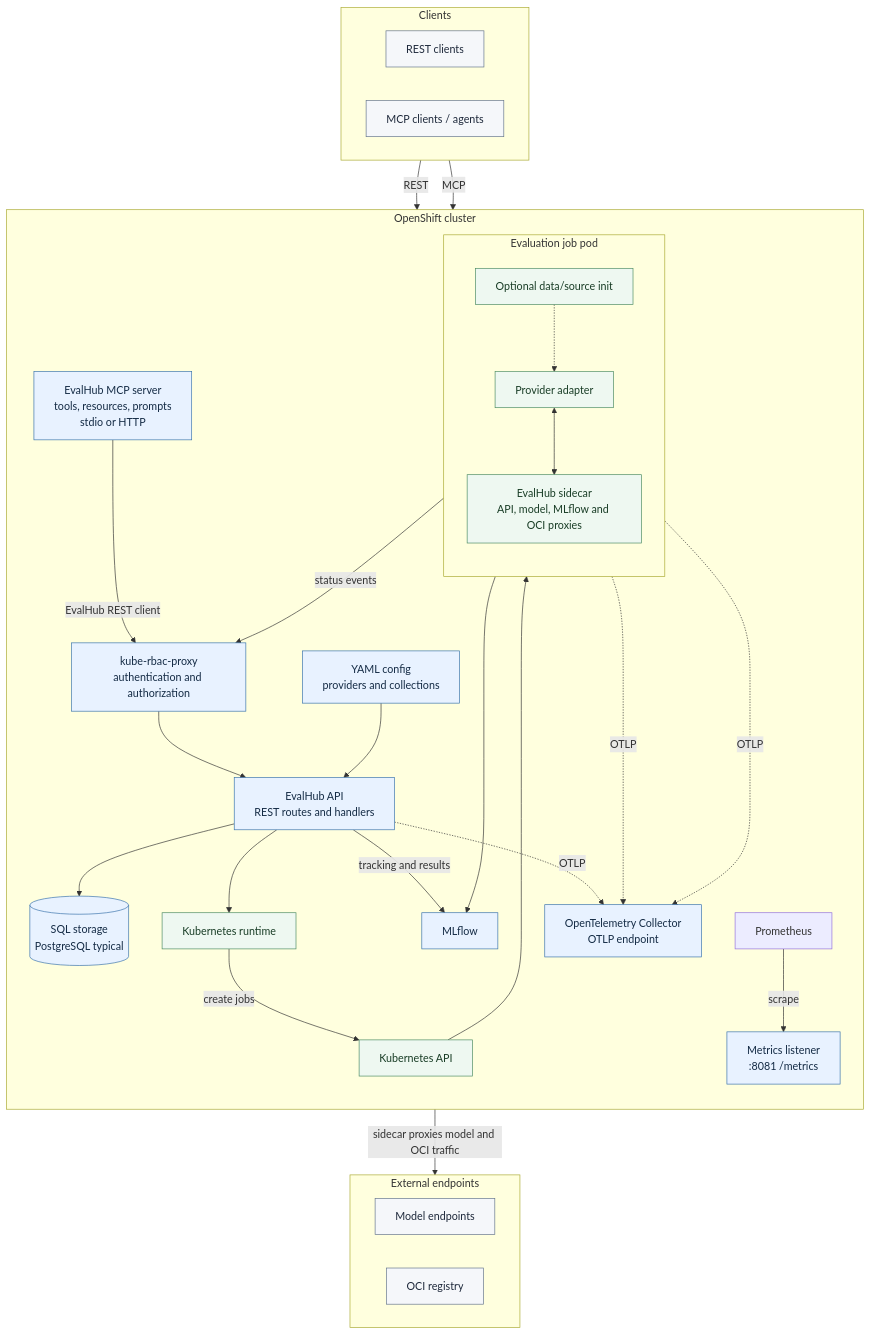
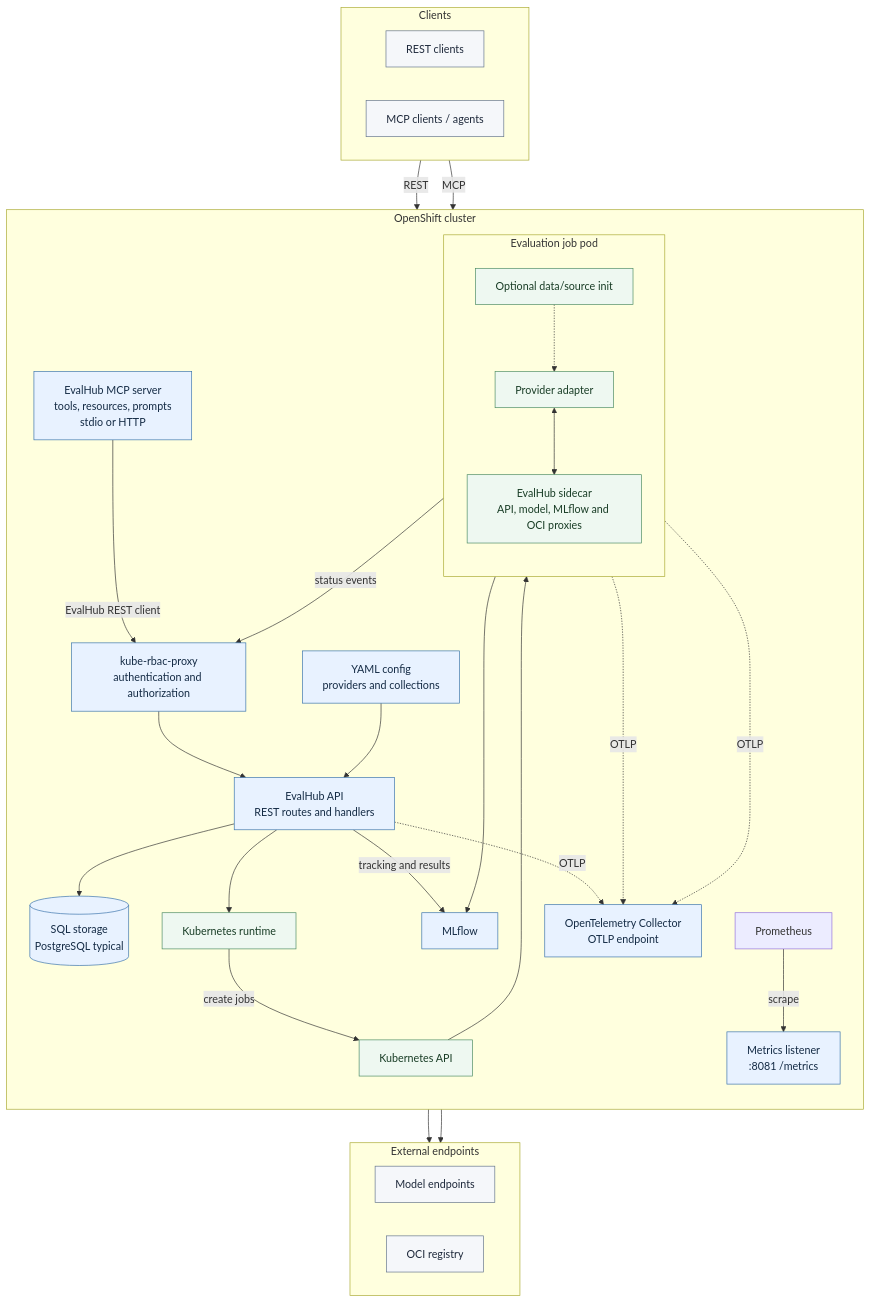
The first of 2 diagrams in README.md (eval-hub/eval-hub), drawn with Mermaid before and after one commit.

Commit message:
docs: let Mermaid position external endpoints
Remove the explicit cluster layout edge and retain the sidecar's model and OCI traffic links.

````diff
--- a/README.md
+++ b/README.md
@@ -21,62 +21,63 @@
 ```mermaid
 flowchart TB
     subgraph clients[Clients]
         direction LR
         rest[REST clients]
         agents[MCP clients / agents]
     end
 
     subgraph openshift[OpenShift cluster]
         direction TB
         proxy[kube-rbac-proxy<br/>authentication and authorization]
         api[EvalHub API<br/>REST routes and handlers]
         mcp[EvalHub MCP server<br/>tools, resources, prompts<br/>stdio or HTTP]
         mlflow[MLflow]
         otelCollector[OpenTelemetry Collector<br/>OTLP endpoint]
         database[(SQL storage<br/>PostgreSQL typical)]
         config[YAML config<br/>providers and collections]
         metrics[Metrics listener<br/>:8081 /metrics]
         prometheus[Prometheus]
         runtime[Kubernetes runtime]
         kubeapi[Kubernetes API]
         subgraph job[Evaluation job pod]
             direction TB
             init[Optional data/source init]
             adapter[Provider adapter]
             sidecar[EvalHub sidecar<br/>API, model, MLflow and OCI proxies]
             init -.-> adapter
             adapter <--> sidecar
         end
     end
 
     subgraph externalEndpoints[External endpoints]
         direction LR
         model[Model endpoints]
         registry[OCI registry]
     end
 
     rest -->|REST| proxy
     proxy --> api
     agents -->|MCP| mcp
     mcp -->|EvalHub REST client| proxy
     api --> database
     config --> api
     api --> runtime
     runtime -->|create jobs| kubeapi
     kubeapi --> job
     sidecar -->|status events| proxy
     sidecar --> mlflow
     api -->|tracking and results| mlflow
-    openshift -->|sidecar proxies model and OCI traffic| externalEndpoints
+    sidecar --> model
+    sidecar --> registry
     prometheus -->|scrape| metrics
     api -. OTLP .-> otelCollector
     adapter -. OTLP .-> otelCollector
     sidecar -. OTLP .-> otelCollector
 
     classDef external fill:#f5f7fa,stroke:#64748b,color:#1e293b
     classDef service fill:#e8f2ff,stroke:#3973ac,color:#142b45
     classDef runtimeNode fill:#eef8f1,stroke:#4b8b62,color:#193d26
     class rest,agents,model,registry external
     class proxy,api,mcp,mlflow,otelCollector,database,config,metrics service
     class runtime,kubeapi,init,adapter,sidecar runtimeNode
 ```
````
